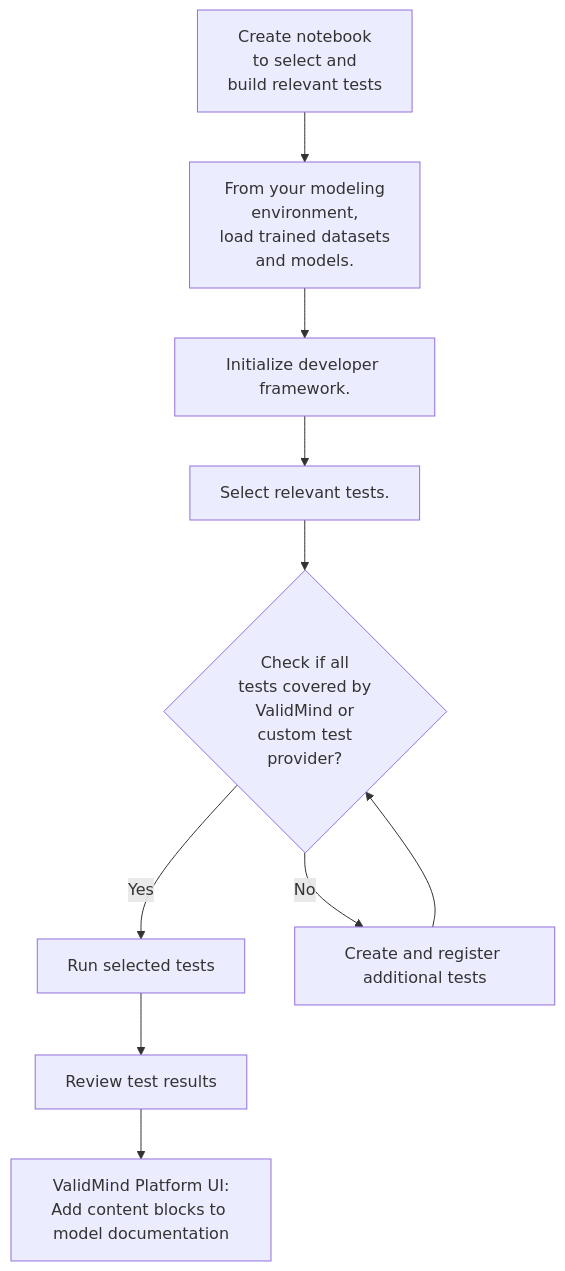
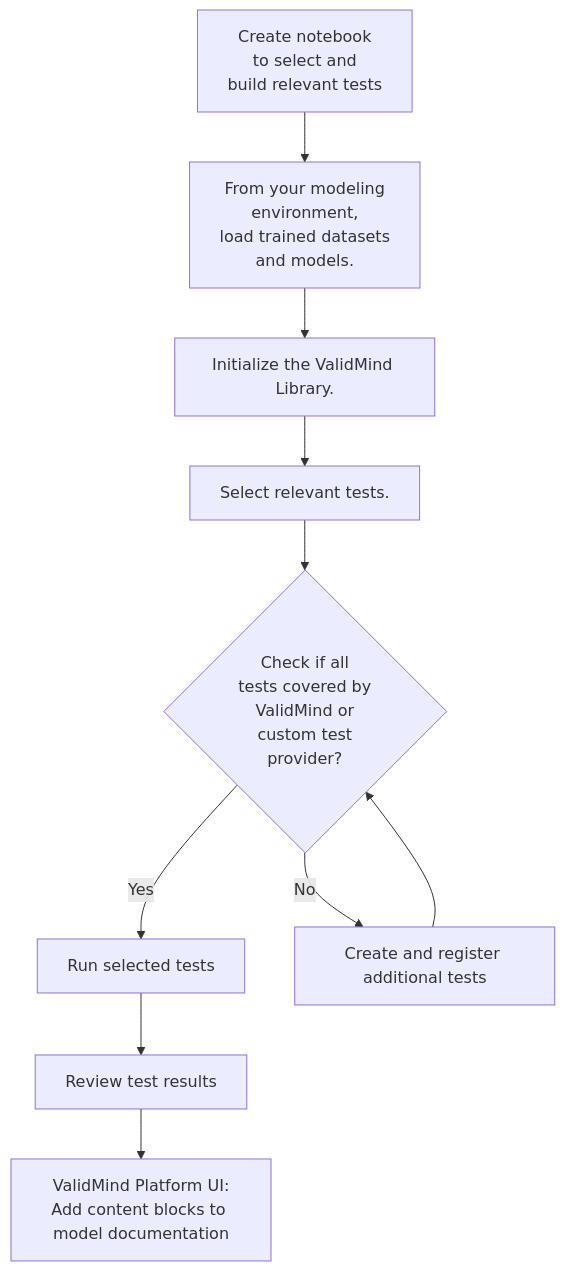
The second of 3 diagrams in internal/templates/mermaid-diagrams.qmd (validmind/documentation), drawn with Mermaid before and after one commit. The commit also changed 14 other files, not shown here.

Commit message:
1st pass of Developer Framework & developer framework

````diff
--- a/internal/templates/mermaid-diagrams.qmd
+++ b/internal/templates/mermaid-diagrams.qmd
@@ -18,12 +18,12 @@
 ```{mermaid}
 graph TD
     A[Create notebook<br>to select and<br>build relevant tests] --> B[From your modeling<br>environment,<br>load trained datasets<br>and models.]
-    B --> C[Initialize developer framework.]
+    B --> C[Initialize the ValidMind Library.]
     C --> D[Select relevant tests.]
     D --> E{Check if all<br>tests covered by<br>ValidMind or<br>custom test<br>provider?}
     E -- Yes --> F[Run selected tests]
     F --> G[Review test results]
     E -- No --> H[Create and register additional tests]
     G --> I[ValidMind Platform UI:<br>Add content blocks to model documentation]
     H --> E
 ```
````
